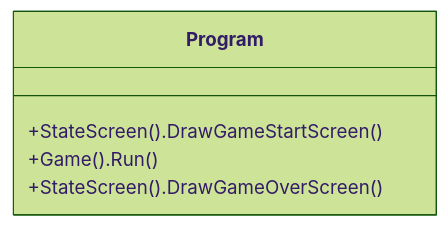
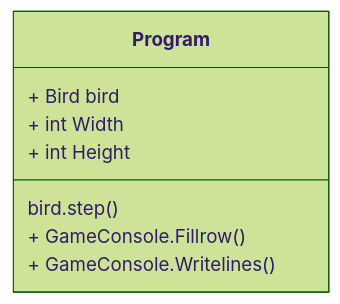
One commit to NexusWeave/MVP-FlappyBird-cs changed the first of 6 diagrams in dokumentasjon/diagram/klasse-diagram.md. Above: the diagram before and after it, drawn with Mermaid (forest theme). The commit also changed other lines of this file, not shown here.

Commit message:
Refactor klasse-diagram.md to streamline class definitions and remove unused sections

````diff
--- a/dokumentasjon/diagram/klasse-diagram.md
+++ b/dokumentasjon/diagram/klasse-diagram.md
@@ -4,10 +4,14 @@
 ```mermaid
     classDiagram
         direction TD
 
         class Program {
-            +StateScreen().DrawGameStartScreen()
-            +Game().Run()
-            +StateScreen().DrawGameOverScreen()
-        }
+            + Bird bird
+            + int Width
+            + int Height
+
+            bird.step()
+            + GameConsole.Fillrow()
+            + GameConsole.Writelines()
+    }
 ```
````
